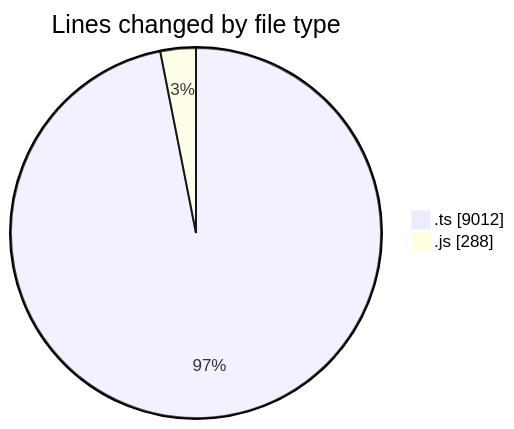
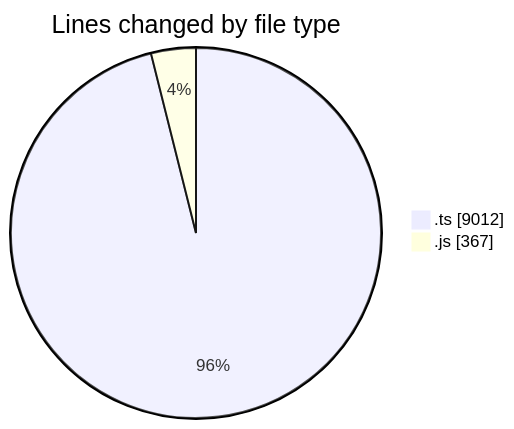
The first of 2 diagrams in 2025-05-28/cda/README.md (momahboobian/code-tracking), drawn with Mermaid before and after one commit. The commit also changed other lines of this file and 1 other file, not shown here.

````diff
--- a/2025-05-28/cda/README.md
+++ b/2025-05-28/cda/README.md
@@ -25,6 +25,6 @@
 ```mermaid
 pie showData
 title Lines changed by file type
 ".ts" : 9012
-".js" : 288
+".js" : 367
 ```
````
